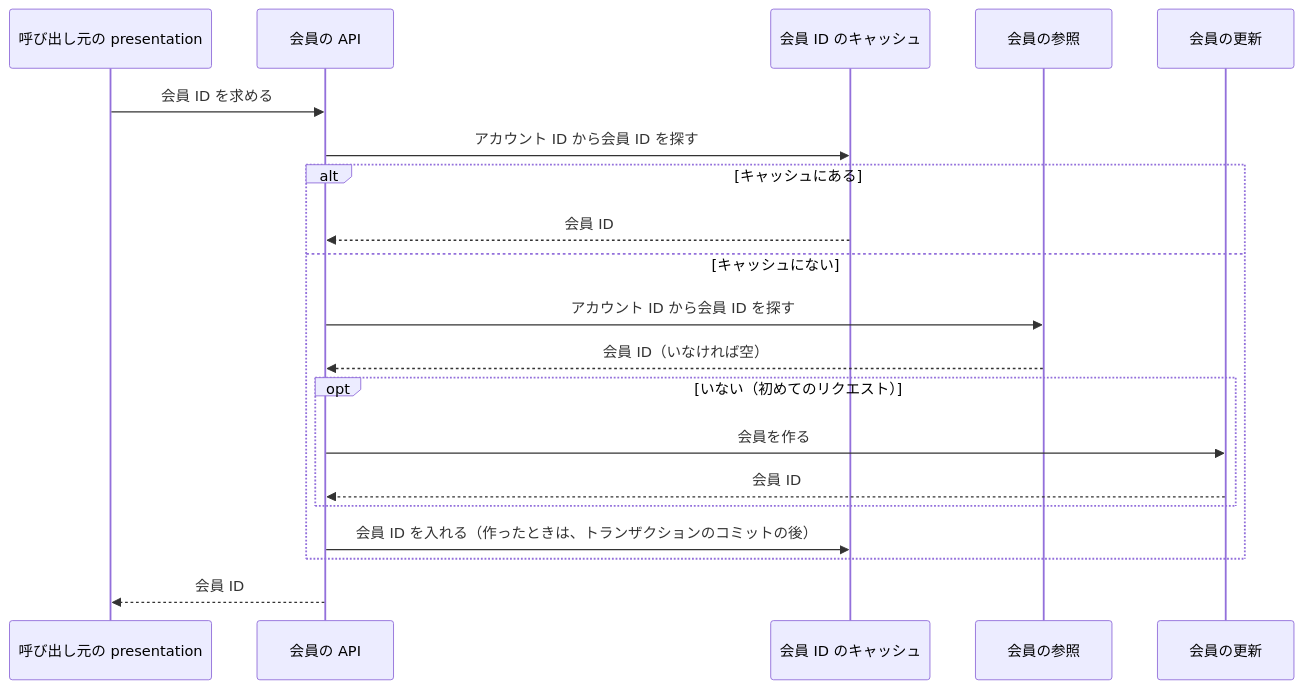
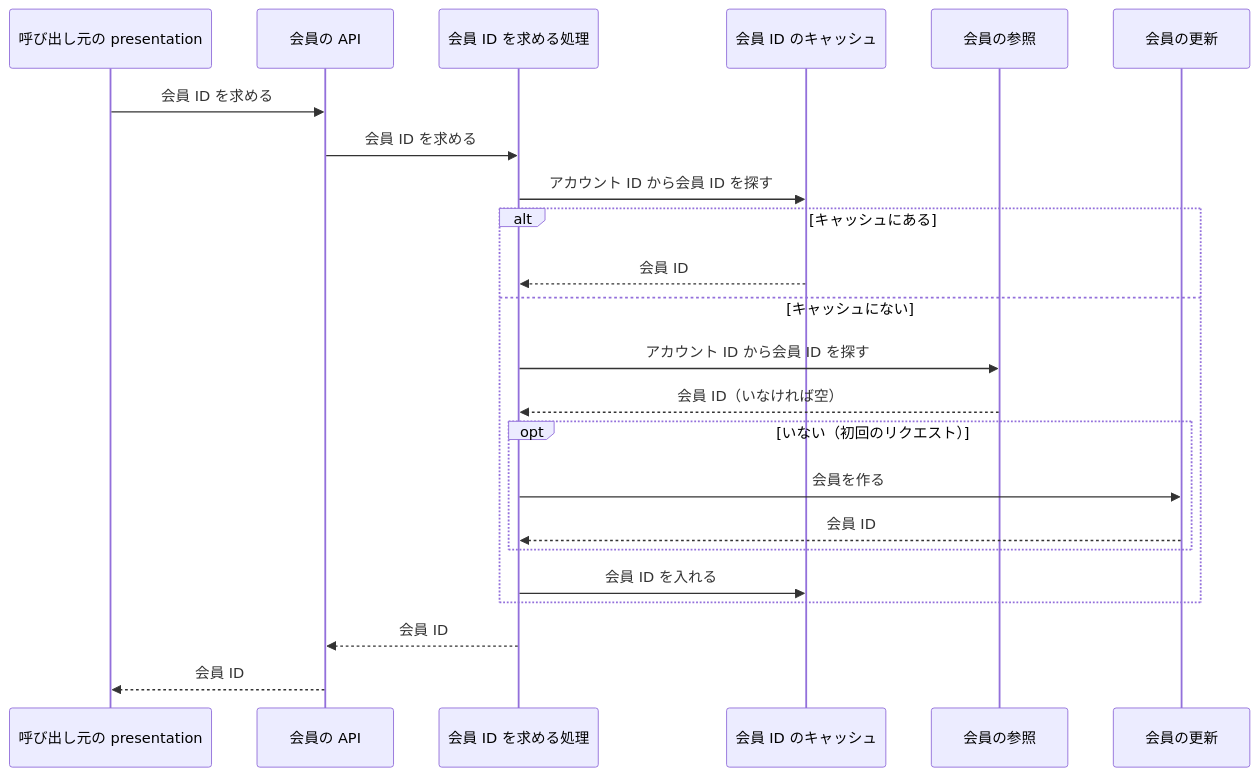
Before and after one commit to roger88106/ec-site: the diagram in docs/02-設計/member.md, drawn with Mermaid. The commit also changed other lines of this file and 18 other files, not shown here.

````diff
--- a/docs/02-設計/member.md
+++ b/docs/02-設計/member.md
@@ -27,22 +27,25 @@
 ```mermaid
 sequenceDiagram
     participant P as 呼び出し元の presentation
     participant A as 会員の API
+    participant R as 会員 ID を求める処理
     participant K as 会員 ID のキャッシュ
     participant Q as 会員の参照
     participant C as 会員の更新
     P->>A: 会員 ID を求める
-    A->>K: アカウント ID から会員 ID を探す
+    A->>R: 会員 ID を求める
+    R->>K: アカウント ID から会員 ID を探す
     alt キャッシュにある
-        K-->>A: 会員 ID
+        K-->>R: 会員 ID
     else キャッシュにない
-        A->>Q: アカウント ID から会員 ID を探す
-        Q-->>A: 会員 ID（いなければ空）
-        opt いない（初めてのリクエスト）
-            A->>C: 会員を作る
-            C-->>A: 会員 ID
+        R->>Q: アカウント ID から会員 ID を探す
+        Q-->>R: 会員 ID（いなければ空）
+        opt いない（初回のリクエスト）
+            R->>C: 会員を作る
+            C-->>R: 会員 ID
         end
-        A->>K: 会員 ID を入れる（作ったときは、トランザクションのコミットの後）
+        R->>K: 会員 ID を入れる
     end
+    R-->>A: 会員 ID
     A-->>P: 会員 ID
 ```
````
